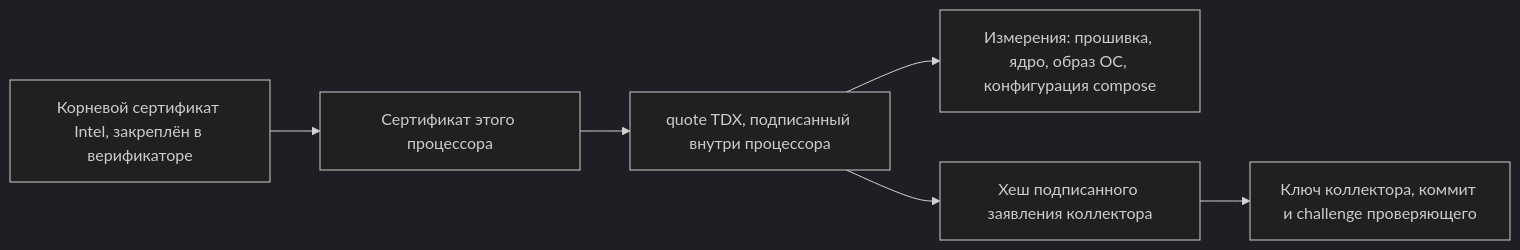
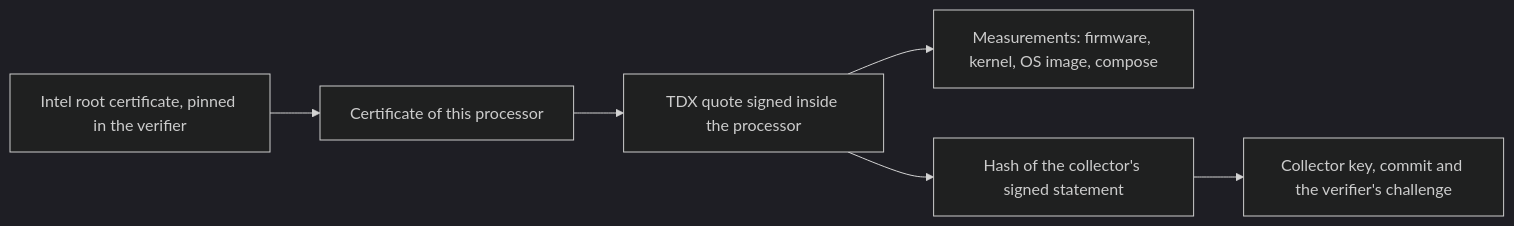
Before and after one commit to phishdestroy/TgWitness: the diagram in docs/ru/PHALA.md, drawn with Mermaid (dark theme). The commit also changed other lines of this file and 48 other files, not shown here.

````diff
--- a/docs/ru/PHALA.md
+++ b/docs/ru/PHALA.md
@@ -13,8 +10,8 @@
 ```mermaid
 flowchart LR
-    I[Корневой сертификат Intel, закреплён в верификаторе] --> P[Сертификат этого процессора]
-    P --> Q[quote TDX, подписанный внутри процессора]
-    Q --> M[Измерения: прошивка, ядро, образ ОС, конфигурация compose]
-    Q --> R[Хеш подписанного заявления коллектора]
-    R --> K[Ключ коллектора, коммит и challenge проверяющего]
+    I[Intel root certificate, pinned in the verifier] --> P[Certificate of this processor]
+    P --> Q[TDX quote signed inside the processor]
+    Q --> M[Measurements: firmware, kernel, OS image, compose]
+    Q --> R[Hash of the collector's signed statement]
+    R --> K[Collector key, commit and the verifier's challenge]
 ```
````
